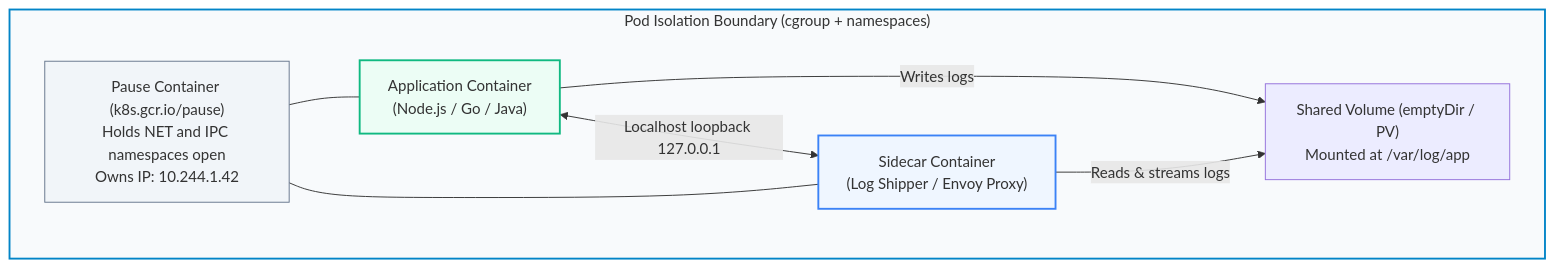
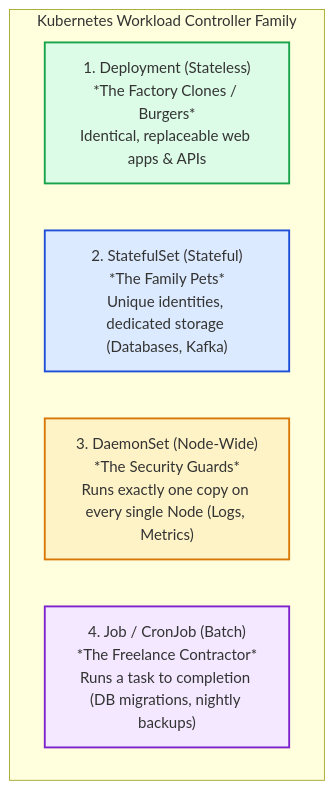
Before and after one commit to PandeyKishan/Study-Notes: the first of 4 diagrams in 02-Kubernetes/02-Workloads-and-Scheduling.md, drawn with Mermaid. The commit also changed other lines of this file and 20 other files, not shown here.

````diff
--- a/02-Kubernetes/02-Workloads-and-Scheduling.md
+++ b/02-Kubernetes/02-Workloads-and-Scheduling.md
@@ -12,20 +28,14 @@
 ```mermaid
 flowchart TD
-    subgraph Pod_Boundary["Pod Isolation Boundary (cgroup + namespaces)"]
-        Pause["Pause Container (k8s.gcr.io/pause)\nHolds NET and IPC namespaces open\nOwns IP: 10.244.1.42"]
-        App["Application Container\n(Node.js / Go / Java)"]
-        Sidecar["Sidecar Container\n(Log Shipper / Envoy Proxy)"]
-        SharedVol["Shared Volume (emptyDir / PV)\nMounted at /var/log/app"]
-
-        Pause --- App
-        Pause --- Sidecar
-        App -->|Writes logs| SharedVol
-        Sidecar -->|Reads & streams logs| SharedVol
-        App <-->|Localhost loopback 127.0.0.1| Sidecar
+    subgraph Controllers["Kubernetes Workload Controller Family"]
+        D["1. Deployment (Stateless)\n*The Factory Clones / Burgers*\nIdentical, replaceable web apps & APIs"]
+        S["2. StatefulSet (Stateful)\n*The Family Pets*\nUnique identities, dedicated storage (Databases, Kafka)"]
+        DS["3. DaemonSet (Node-Wide)\n*The Security Guards*\nRuns exactly one copy on every single Node (Logs, Metrics)"]
+        J["4. Job / CronJob (Batch)\n*The Freelance Contractor*\nRuns a task to completion (DB migrations, nightly backups)"]
     end
 
-    style Pod_Boundary fill:#f8fafc,stroke:#0284c7,stroke-width:2px
-    style Pause fill:#f1f5f9,stroke:#64748b,stroke-width:1px
-    style App fill:#ecfdf5,stroke:#10b981,stroke-width:2px
-    style Sidecar fill:#eff6ff,stroke:#3b82f6,stroke-width:2px
+    style D fill:#dcfce7,stroke:#16a34a,stroke-width:2px
+    style S fill:#dbeafe,stroke:#1d4ed8,stroke-width:2px
+    style DS fill:#fef3c7,stroke:#d97706,stroke-width:2px
+    style J fill:#f3e8ff,stroke:#7e22ce,stroke-width:2px
 ```
````
